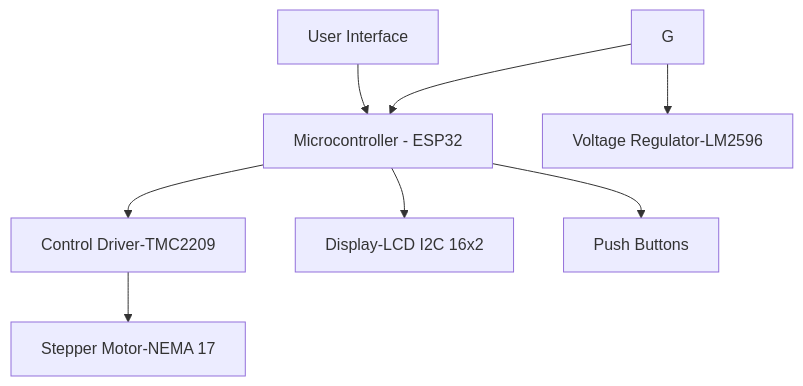
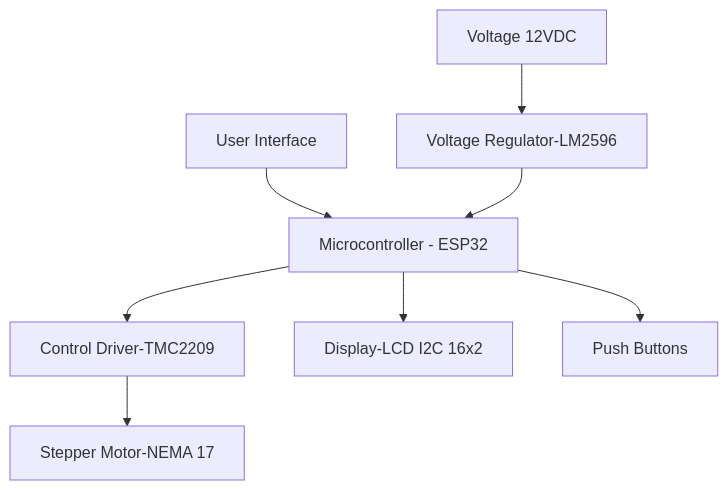
One commit to HungNguyxn/2B changed the second of 3 diagrams in firstfile.md. Above: the diagram before and after it, drawn with Mermaid.

Commit message:
Update firstfile.md with content

````diff
--- a/firstfile.md
+++ b/firstfile.md
@@ -53,11 +53,11 @@
 ```mermaid
 graph TD;
     A[User Interface] --> B[Microcontroller - ESP32];
     B --> C[Control Driver-TMC2209];
     C --> D[Stepper Motor-NEMA 17];
     B --> E[Display-LCD I2C 16x2];
     B --> F[Push Buttons];
-    G --> B[Microcontroller - ESP32]; 
-    G --> H[Voltage Regulator-LM2596];
+    H --> B[Microcontroller - ESP32]; 
+    G[Voltage 12VDC] --> H[Voltage Regulator-LM2596];
 
 ```
````
